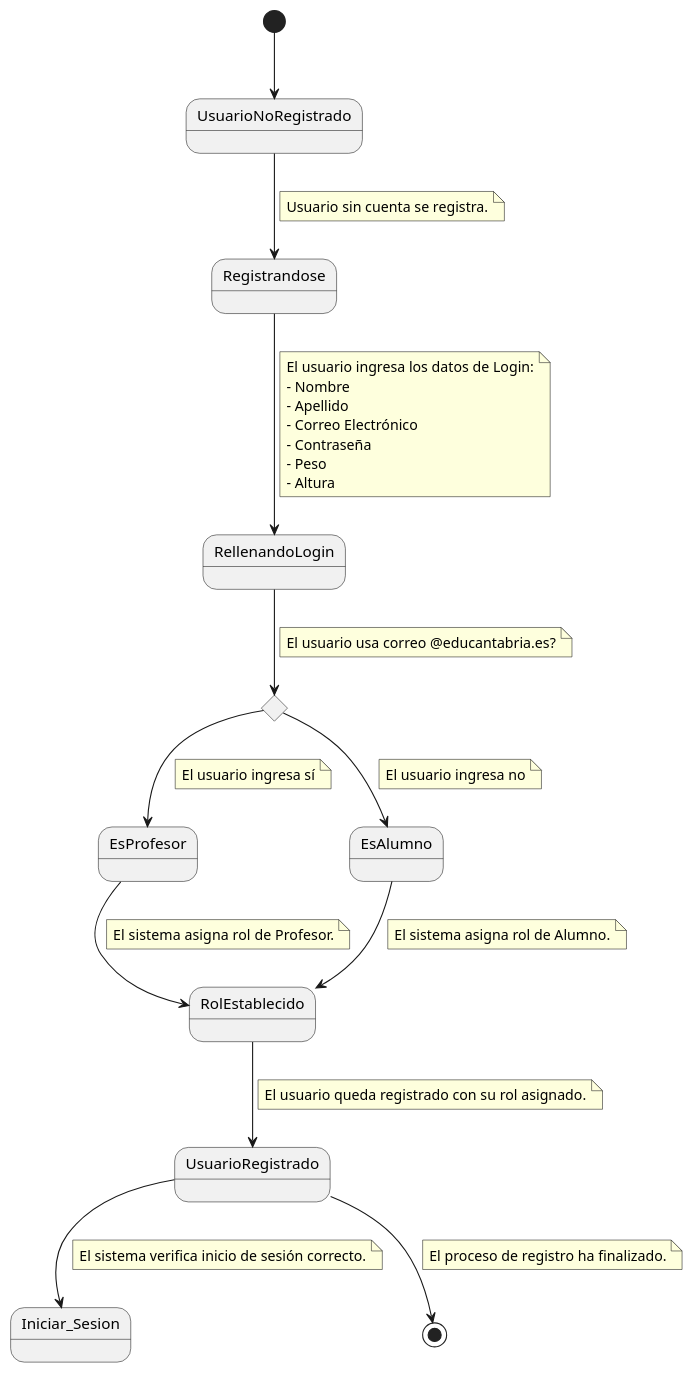
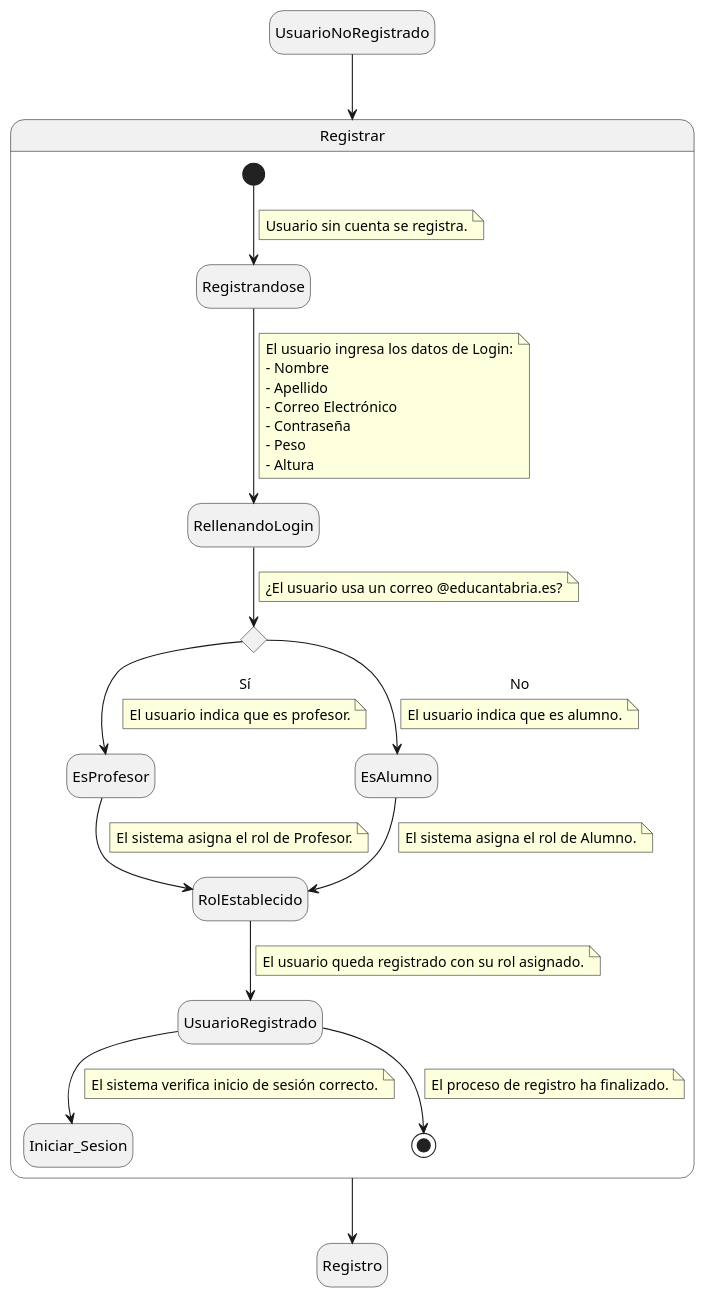
Before and after one commit to mmasias/24-25-IdSw1-SDR: the diagram in Documentos/DetallarCasosDeUso/Registrarse.puml, drawn with PlantUML. The commit also changed 3 other files, not shown here.

```diff
--- a/Documentos/DetallarCasosDeUso/Registrarse.puml
+++ b/Documentos/DetallarCasosDeUso/Registrarse.puml
@@ -1,65 +1,69 @@
 @startuml
 
-  [*] --> UsuarioNoRegistrado
-  UsuarioNoRegistrado --> Registrandose
+hide empty description
+
+state UsuarioNoRegistrado
+state Registro 
+state Registrar {
+  [*] --> Registrandose
   note on link
     Usuario sin cuenta se registra.
   end note
-
 
   Registrandose --> RellenandoLogin
   note on link
     El usuario ingresa los datos de Login:
     - Nombre
     - Apellido
     - Correo Electrónico
     - Contraseña
     - Peso
     - Altura
   end note
 
   state rombo <<choice>>
   RellenandoLogin --> rombo
   note on link
-    El usuario usa correo @educantabria.es?
+    ¿El usuario usa un correo @educantabria.es?
   end note
 
-  rombo --> EsProfesor
+  rombo --> EsProfesor : Sí
   note on link
-    El usuario ingresa sí
+    El usuario indica que es profesor.
   end note
 
-  rombo --> EsAlumno
+  rombo --> EsAlumno : No
   note on link
-    El usuario ingresa no
+    El usuario indica que es alumno.
   end note
 
   EsAlumno --> RolEstablecido
   note on link
-    El sistema asigna rol de Alumno.
+    El sistema asigna el rol de Alumno.
   end note
 
   EsProfesor --> RolEstablecido
   note on link
-    El sistema asigna rol de Profesor.
+    El sistema asigna el rol de Profesor.
   end note
 
   RolEstablecido --> UsuarioRegistrado
   note on link
     El usuario queda registrado con su rol asignado.
   end note
-
-
 
   UsuarioRegistrado --> Iniciar_Sesion
   note on link
     El sistema verifica inicio de sesión correcto.
   end note
 
   UsuarioRegistrado --> [*]
   note on link
     El proceso de registro ha finalizado.
   end note
+}
 
+UsuarioNoRegistrado --> Registrar 
+Registrar --> Registro
 
 @enduml
```
